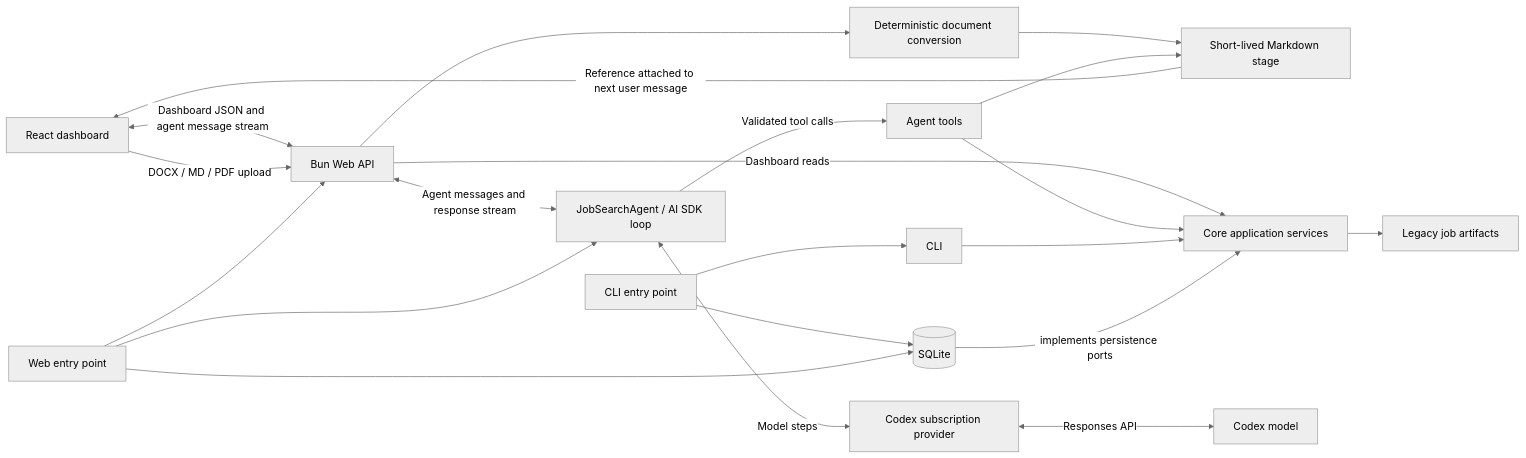
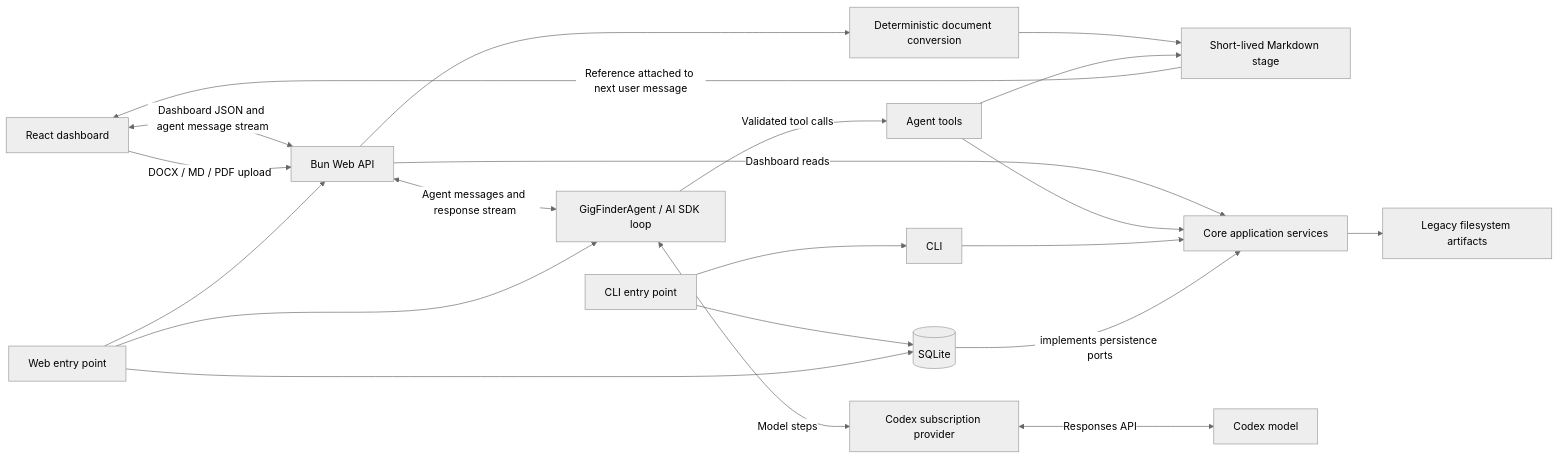
One commit to paulmccallick/gig-finder changed the diagram in docs/architecture/overview.md. Above: the diagram before and after it, drawn with Mermaid (neutral theme). The commit also changed other lines of this file and 109 other files, not shown here.

Commit message:
feat: rename product and domain to GigFinder

````diff
--- a/docs/architecture/overview.md
+++ b/docs/architecture/overview.md
@@ -5,23 +5,23 @@
 ```mermaid
 flowchart LR
   Dashboard[React dashboard] <-->|Dashboard JSON and agent message stream| API[Bun Web API]
   Dashboard -->|DOCX / MD / PDF upload| API
   API --> Converter[Deterministic document conversion]
   Converter --> Stage[Short-lived Markdown stage]
   Stage -->|Reference attached to next user message| Dashboard
   API -->|Dashboard reads| Core[Core application services]
-  API <-->|Agent messages and response stream| Agent[JobSearchAgent / AI SDK loop]
+  API <-->|Agent messages and response stream| Agent[GigFinderAgent / AI SDK loop]
   Agent <-->|Model steps| Provider[Codex subscription provider]
   Provider <-->|Responses API| Model[Codex model]
   Agent -->|Validated tool calls| Tools[Agent tools]
   Tools --> Stage
   Tools --> Core
   CLI[CLI] --> Core
   CLIEntry[CLI entry point] --> CLI
   CLIEntry --> SQLite
   WebEntry[Web entry point] --> API
   WebEntry --> Agent
   WebEntry --> SQLite
   SQLite[(SQLite)] -->|implements persistence ports| Core
-  Core --> Artifacts[Legacy job artifacts]
+  Core --> Artifacts[Legacy filesystem artifacts]
 ```
````
